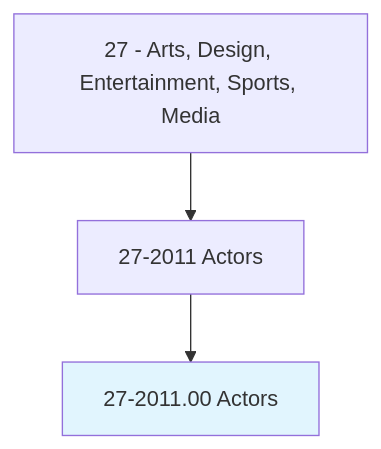
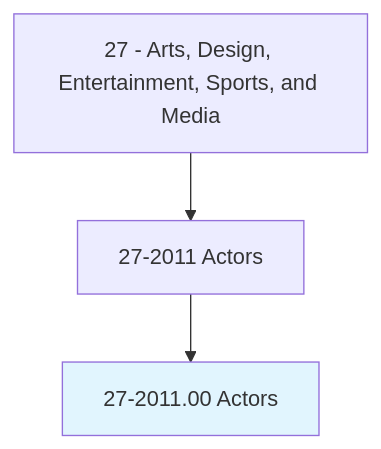
One commit to kziemski/business.org.ai changed the first of 4 diagrams in occupations/ArtsMedia/Actors.mdx. Above: the diagram before and after it, drawn with Mermaid. The commit also changed other lines of this file and 938 other files, not shown here.

````diff
--- a/occupations/ArtsMedia/Actors.mdx
+++ b/occupations/ArtsMedia/Actors.mdx
@@ -19,6 +23,6 @@
 ```mermaid
 graph TD
-    Cat27["27 - Arts, Design, Entertainment, Sports, Media"] --> Group272011["27-2011 Actors"]
+    Cat27["27 - Arts, Design, Entertainment, Sports, and Media"] --> Group272011["27-2011 Actors"]
     Group272011 --> Current["27-2011.00 Actors"]
     style Current fill:#e1f5fe
 ```
````
